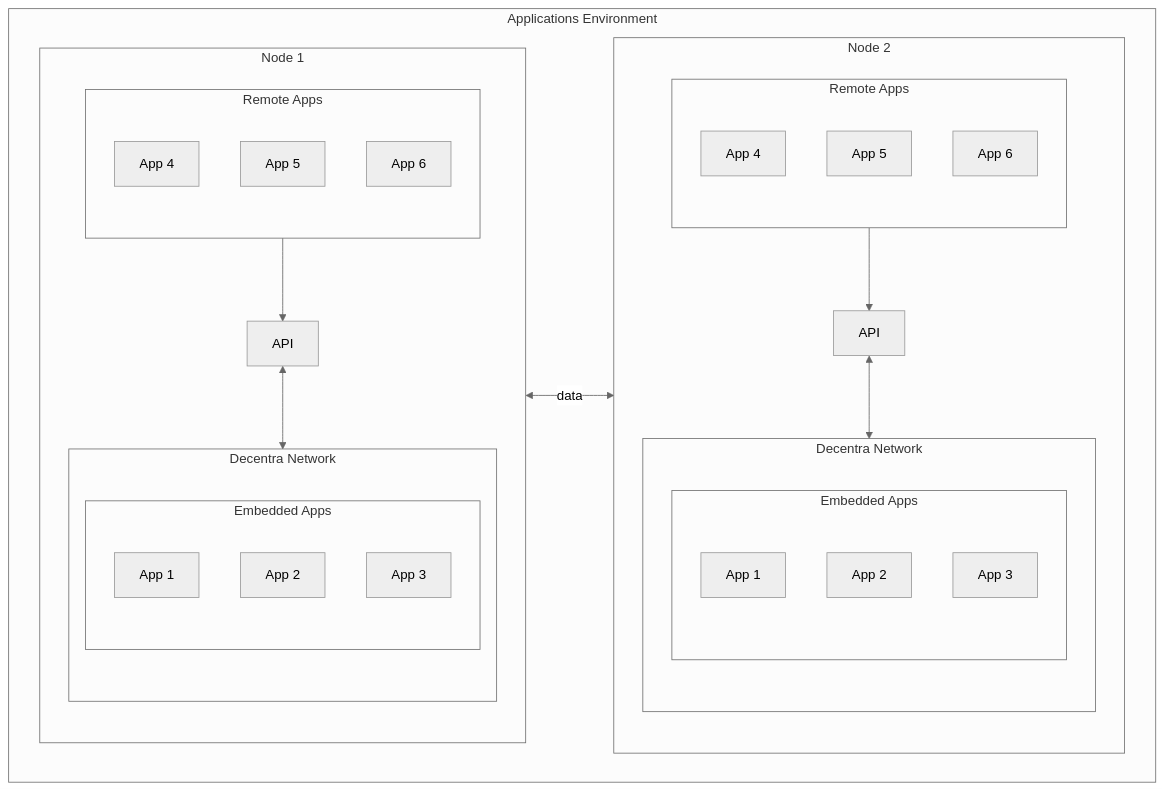
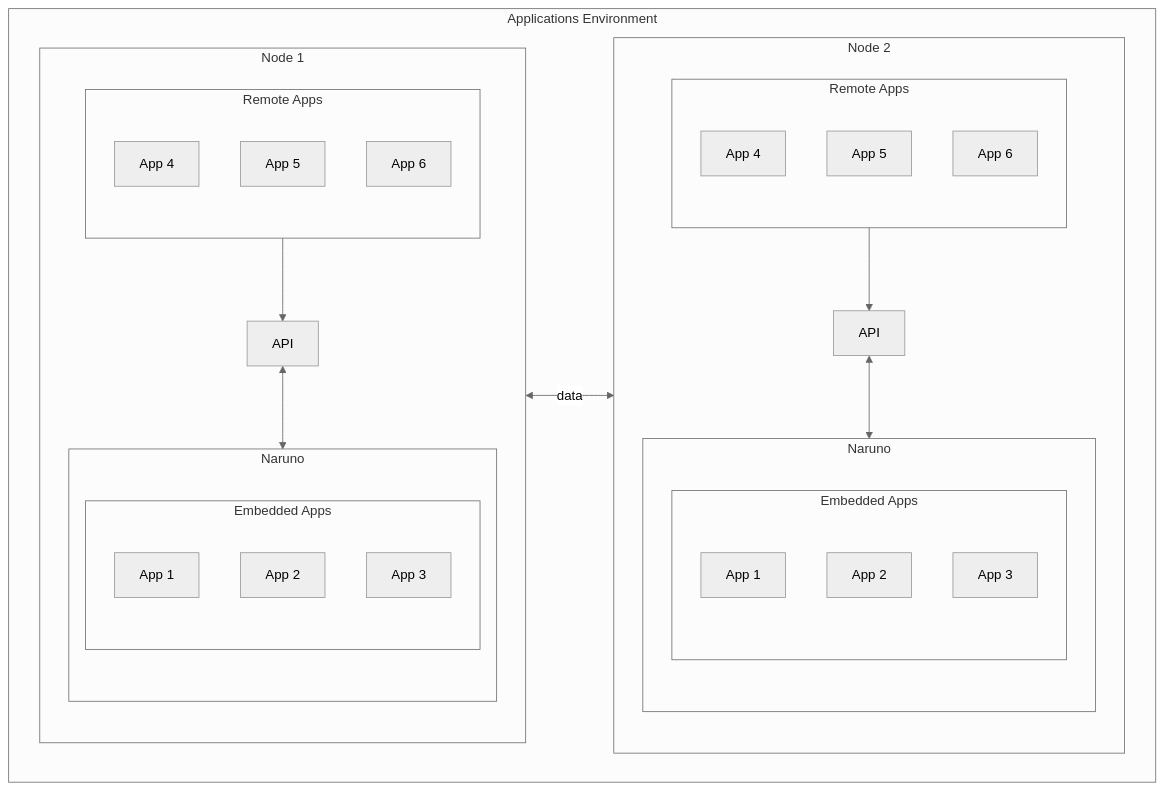
The second of 2 diagrams in docs/concepts/apps.md (Naruno/Naruno), drawn with Mermaid (neutral theme) before and after one commit. The commit also changed other lines of this file and 250 other files, not shown here.

````diff
--- a/docs/concepts/apps.md
+++ b/docs/concepts/apps.md
@@ -85,60 +85,60 @@
 ```mermaid
 flowchart LR
 
 subgraph Applications Environment
     direction LR
 
     subgraph Node_1 [Node 1]
         API_1[API]
 
         subgraph Embedded_Apps_1 [Embedded Apps]
             direction TB
             E1_1[App 1]
             E2_1[App 2]
             E3_1[App 3]
         end
         subgraph Remote_Apps_1 [Remote Apps]
             direction TB
             R1_1[App 4]
             R2_1[App 5]
             R3_1[App 6]
         end
-        subgraph Decentra_Network_1 [Decentra Network]
+        subgraph Decentra_Network_1 [Naruno]
             Embedded_Apps_1
         end
 
         Remote_Apps_1 --> API_1
         API_1 <--> Decentra_Network_1
 
     end
 
     subgraph Node_2 [Node 2]
         API_2[API]
 
         subgraph Embedded_Apps_2 [Embedded Apps]
             direction TB
             E1_2[App 1]
             E2_2[App 2]
             E3_2[App 3]
         end
         subgraph Remote_Apps_2 [Remote Apps]
             direction TB
             R1_2[App 4]
             R2_2[App 5]
             R3_2[App 6]
         end
-        subgraph Decentra_Network_2 [Decentra Network]
+        subgraph Decentra_Network_2 [Naruno]
             Embedded_Apps_2
         end
 
         Remote_Apps_2 --> API_2
         API_2 <--> Decentra_Network_2
 
     end
 
 
 Node_1 <--data--> Node_2
 
 
 end
 ```
````
